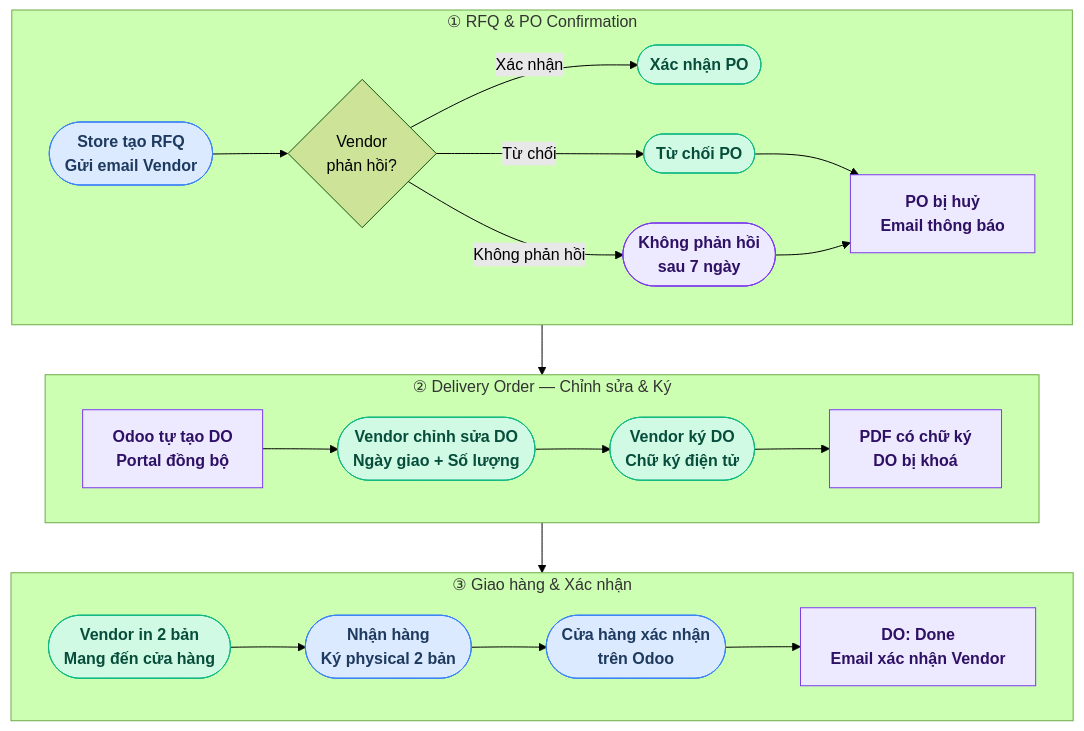
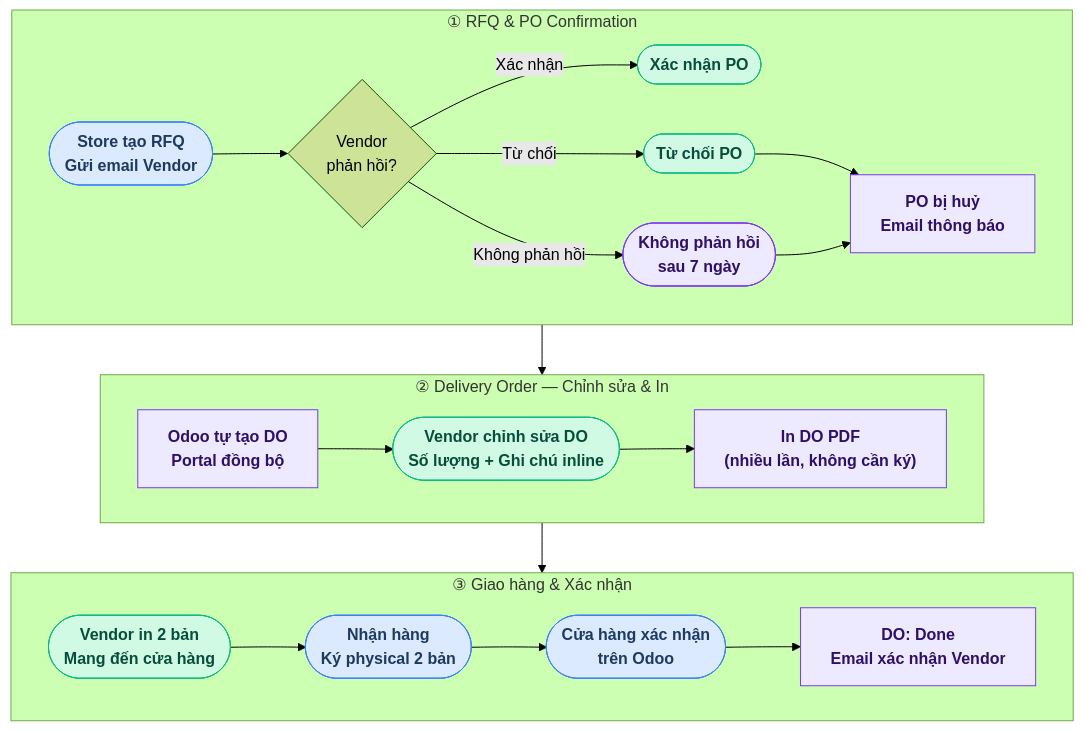
The second of 2 diagrams in README.md (3Sach/3S_vendor_portal), drawn with Mermaid (forest theme) before and after one commit. The commit also changed other lines of this file and 1 other file, not shown here.

First line of the commit message:
Cập nhật specs: bỏ ký điện tử, thêm UI specs, sửa quy trình DO

````diff
--- a/README.md
+++ b/README.md
@@ -180,43 +181,42 @@
 ```mermaid
 flowchart TB
     classDef vendor fill:#D1FAE5,stroke:#10B981,color:#064E3B,font-weight:bold
     classDef portal fill:#EDE9FE,stroke:#7C3AED,color:#2E1065,font-weight:bold
     classDef store  fill:#DBEAFE,stroke:#3B82F6,color:#1E3A5F,font-weight:bold
 
     subgraph R1["① RFQ & PO Confirmation"]
         direction LR
         S1(["Store tạo RFQ\nGửi email Vendor"]):::store
         V0{"Vendor\nphản hồi?"}
         V_C(["Xác nhận PO"]):::vendor
         V_R(["Từ chối PO"]):::vendor
         V_A(["Không phản hồi\nsau 7 ngày"]):::portal
         P_X["PO bị huỷ\nEmail thông báo"]:::portal
         S1 --> V0
         V0 -- Xác nhận --> V_C
         V0 -- Từ chối --> V_R
         V0 -- Không phản hồi --> V_A
         V_R --> P_X
         V_A --> P_X
     end
 
-    subgraph R2["② Delivery Order — Chỉnh sửa & Ký"]
+    subgraph R2["② Delivery Order — Chỉnh sửa & In"]
         direction LR
         P_DO["Odoo tự tạo DO\nPortal đồng bộ"]:::portal
-        V1(["Vendor chỉnh sửa DO\nNgày giao + Số lượng"]):::vendor
-        V2(["Vendor ký DO\nChữ ký điện tử"]):::vendor
-        P1["PDF có chữ ký\nDO bị khoá"]:::portal
-        P_DO --> V1 --> V2 --> P1
+        V1(["Vendor chỉnh sửa DO\nSố lượng + Ghi chú inline"]):::vendor
+        P1["In DO PDF\n(nhiều lần, không cần ký)"]:::portal
+        P_DO --> V1 --> P1
     end
 
     subgraph R3["③ Giao hàng & Xác nhận"]
         direction LR
         V3(["Vendor in 2 bản\nMang đến cửa hàng"]):::vendor
         D1(["Nhận hàng\nKý physical 2 bản"]):::store
         D2(["Cửa hàng xác nhận\ntrên Odoo"]):::store
         P2["DO: Done\nEmail xác nhận Vendor"]:::portal
         V3 --> D1 --> D2 --> P2
     end
 
     V_C --> P_DO
     P1  --> V3
 ```
````
